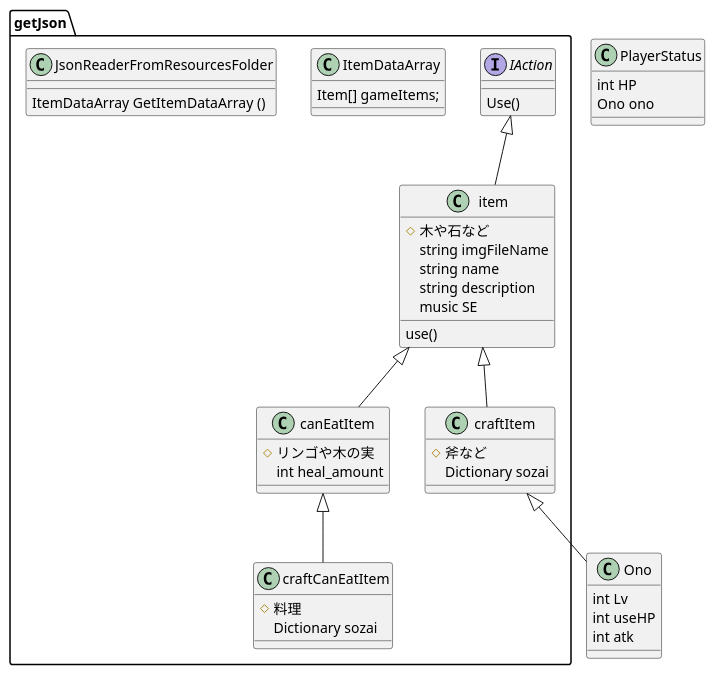
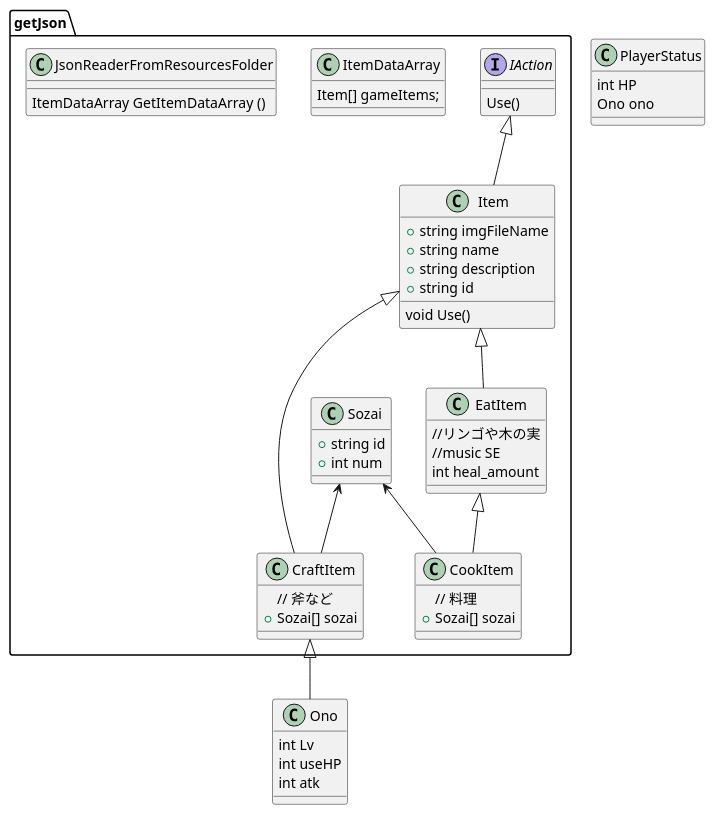
The diagram in クラス図/item.pu (shimayuki01/unitychan-s_forest_sekkei), drawn with PlantUML before and after one commit. The commit also changed other lines of this file and 2 other files, not shown here.

Commit message:
クラス図を更新

```diff
--- a/クラス図/item.pu
+++ b/クラス図/item.pu
@@ -1,61 +1,73 @@
 Folder getJson{
 
 interface IAction{
     Use()
 }
 
-class item{
-    #木や石など
-    string imgFileName
-    string name
-    string description
-    music SE
-    use()
 
-}   
-class canEatItem{
-    #リンゴや木の実
-    int heal_amount
-}
-
-class craftItem{
-    #斧など
-    Dictionary sozai
-}
-
-class craftCanEatItem{
-    #料理
-    Dictionary sozai
-}
 class ItemDataArray
 {
   Item[] gameItems;
 }
 
 class JsonReaderFromResourcesFolder
 {
    ItemDataArray GetItemDataArray ()
 }
 
+class Item {
+    + string imgFileName
+    + string name
+    + string description
+    + string id
+    void Use()
+}
 
+class EatItem 
+{
+    //リンゴや木の実
+    //music SE 
+    int heal_amount 
+
+}
+
+class CraftItem
+{
+    // 斧など
+    + Sozai[] sozai 
+}
+
+class CookItem
+{
+    // 料理
+    + Sozai[] sozai 
+}
+
+class Sozai
+{
+    + string id 
+    + int num 
+}
 }
 
 class Ono{
     int Lv
     int useHP
     int atk
 
 }
-
-
-item --u|> IAction
-item <|-- craftItem
-item <|-- canEatItem
-canEatItem <|-- craftCanEatItem
-craftItem <|-- Ono
-
-
 class PlayerStatus{
     int HP
     Ono ono
 }
+
+
+Item --u|> IAction
+
+CraftItem <|-- Ono
+
+EatItem --up|>Item
+CraftItem ---up|>Item
+CookItem --up|>EatItem
+CookItem --u> Sozai
+CraftItem --u>Sozai
```
